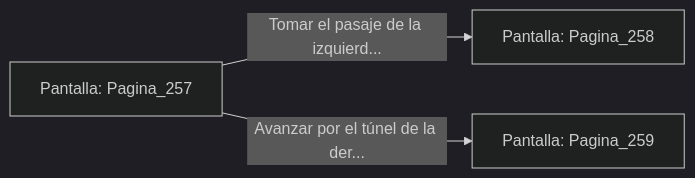
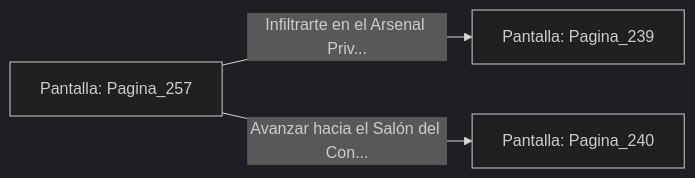
One commit to metsuke/mpl changed the diagram in sample/eligejuego-vault/Pantalla_Pagina_257.md. Above: the diagram before and after it, drawn with Mermaid (dark theme). The commit also changed other lines of this file and 635 other files, not shown here.

First line of the commit message:
fix: añadir Pagina_1 como pantalla inicial en capitulo_01.mpl

````diff
--- a/sample/eligejuego-vault/Pantalla_Pagina_257.md
+++ b/sample/eligejuego-vault/Pantalla_Pagina_257.md
@@ -20,6 +24,6 @@
 ```mermaid
 graph LR
     P_Pagina_257["Pantalla: Pagina_257"]
-    P_Pagina_257 -->|"Tomar el pasaje de la izquierd..."| P_Pagina_258["Pantalla: Pagina_258"]
-    P_Pagina_257 -->|"Avanzar por el túnel de la der..."| P_Pagina_259["Pantalla: Pagina_259"]
+    P_Pagina_257 -->|"Infiltrarte en el Arsenal Priv..."| P_Pagina_239["Pantalla: Pagina_239"]
+    P_Pagina_257 -->|"Avanzar hacia el Salón del Con..."| P_Pagina_240["Pantalla: Pagina_240"]
 ```
````
